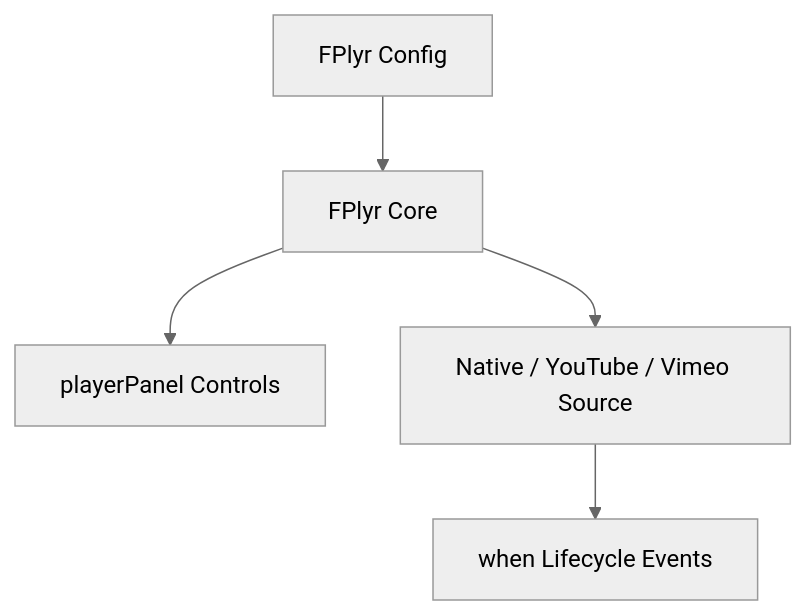
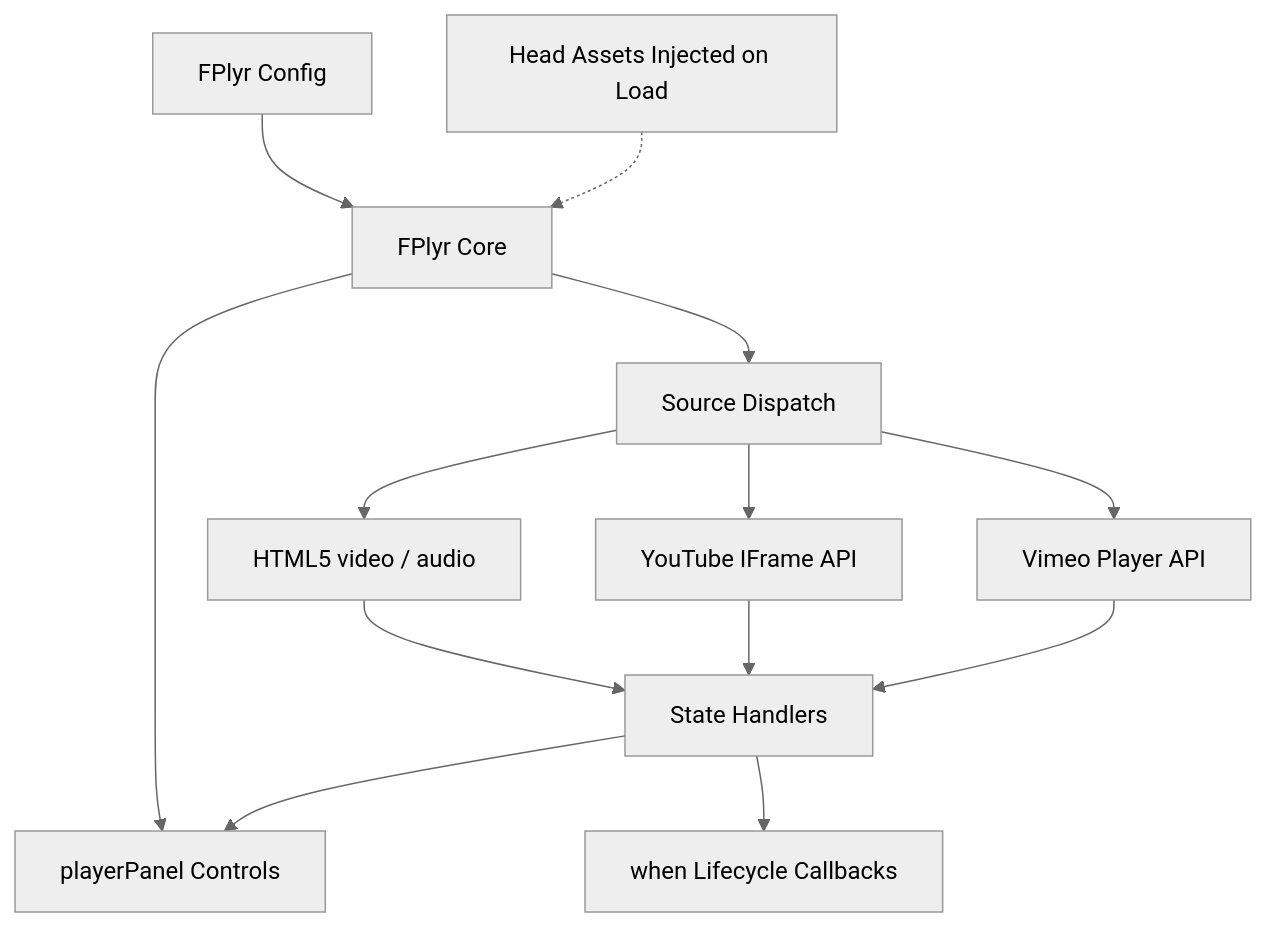
The diagram in README.md (pardnchiu/FlexPlyr), drawn with Mermaid (neutral theme) before and after one commit. The commit also changed other lines of this file and 7 other files, not shown here.

Commit message:
doc: Regenerate bilingual README, doc, and architecture docs from source

````diff
--- a/README.md
+++ b/README.md
@@ -47,7 +41,13 @@
 ```mermaid
 graph TB
     A[FPlyr Config] --> B[FPlyr Core]
-    B --> C[playerPanel Controls]
-    B --> D[Native / YouTube / Vimeo Source]
-    D --> E[when Lifecycle Events]
+    H[Head Assets Injected on Load] -.-> B
+    B --> C[Source Dispatch]
+    C --> D[HTML5 video / audio]
+    C --> E[YouTube IFrame API]
+    C --> F[Vimeo Player API]
+    B --> G[playerPanel Controls]
+    D & E & F --> I[State Handlers]
+    I --> G
+    I --> J[when Lifecycle Callbacks]
 ```
````
